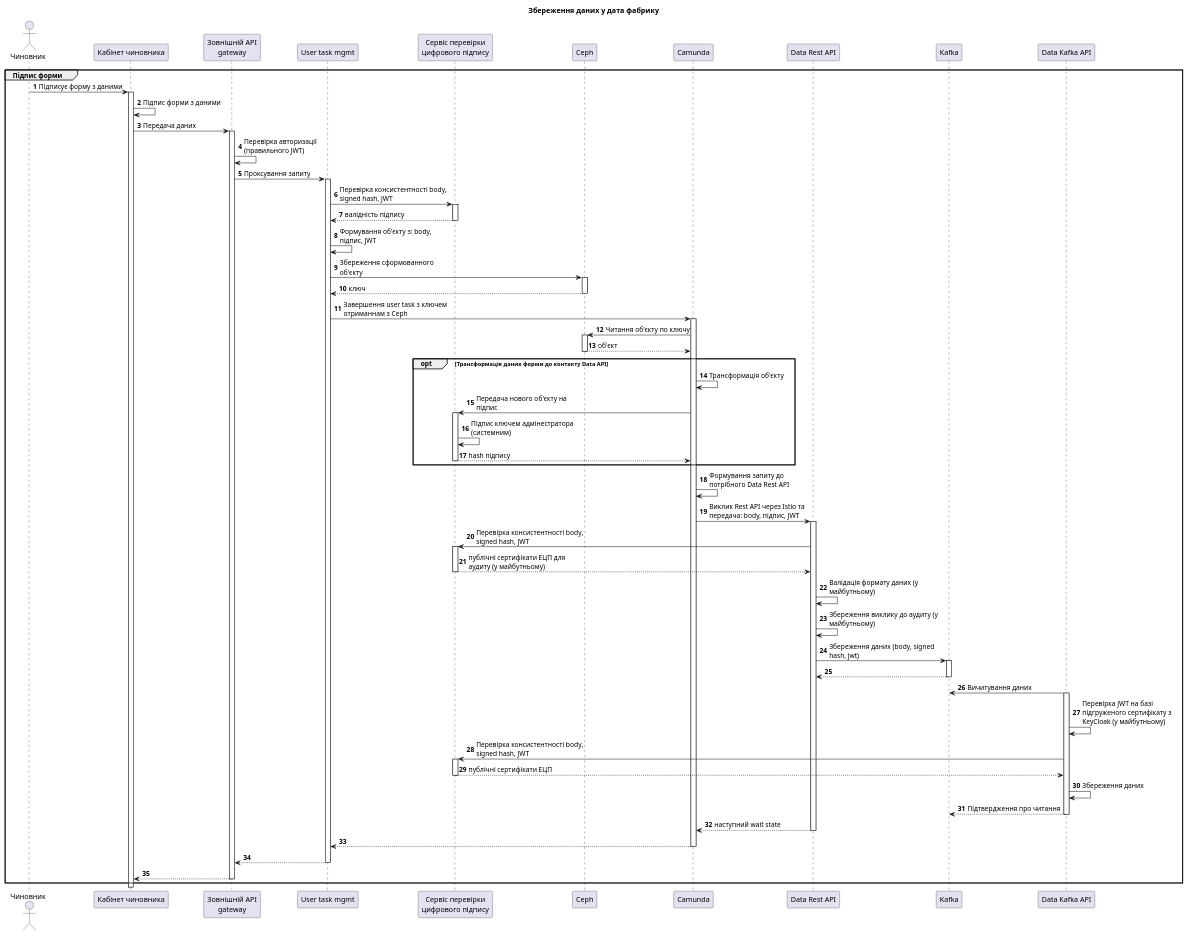
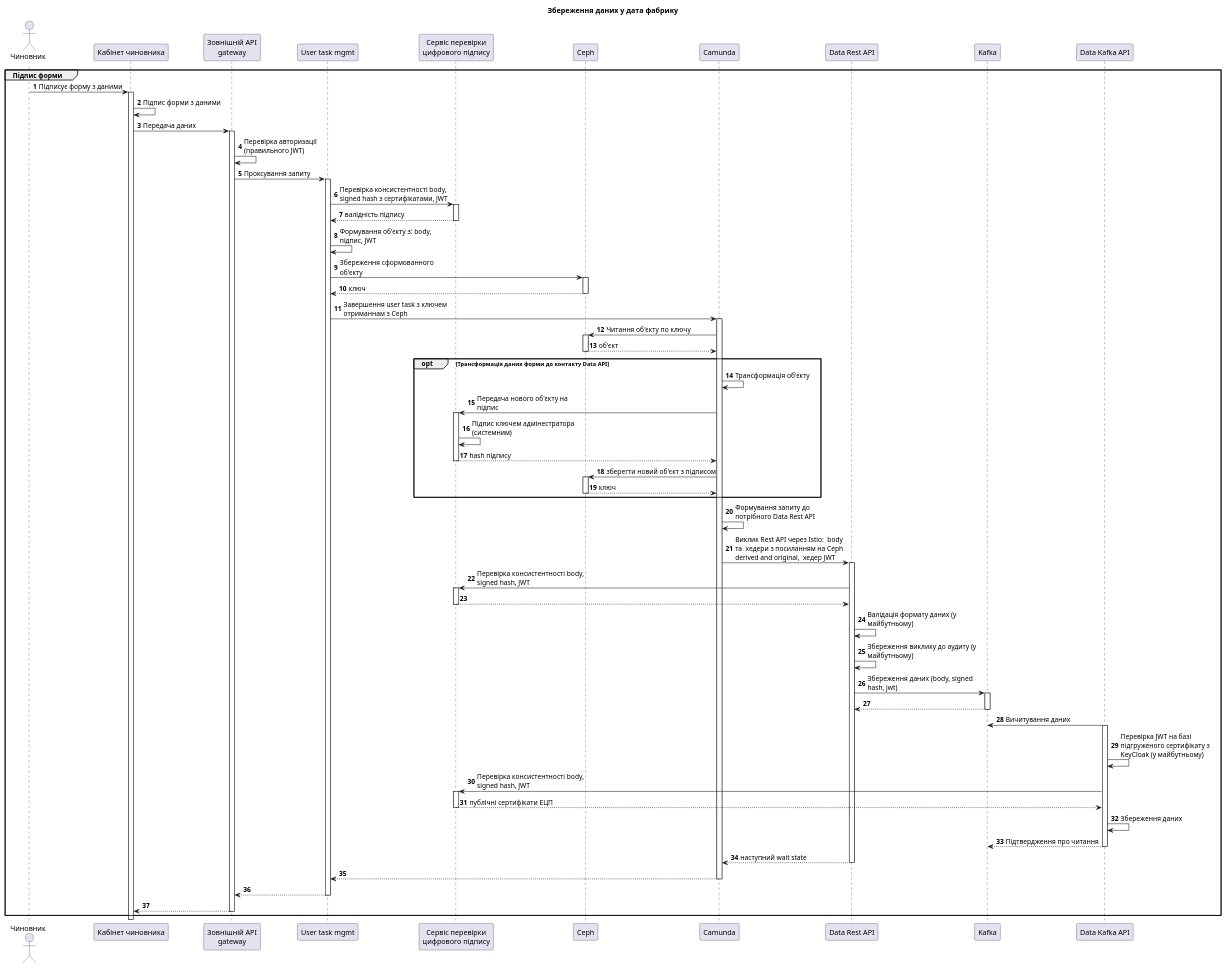
Before and after one commit to epam/edp-ddm-architecture: the diagram in low-code/saving-data-to-factory.puml, drawn with PlantUML. The commit also changed 1 other file, not shown here.

Commit message:
[MDTUDDM-0000] Обробка КЕП за допомогою CEPH

```diff
--- a/low-code/saving-data-to-factory.puml
+++ b/low-code/saving-data-to-factory.puml
@@ -1,72 +1,75 @@
 @startuml
 actor "Чиновник" as officer order 10
 participant "Кабінет чиновника" as officer_portal  order 20
 participant "Зовнішній API\ngateway" as gateway  order 30
 participant "User task mgmt" as user_task_management  order 40
 participant "Сервіс перевірки\nцифрового підпису" as digital_sign_service  order 50
 participant "Ceph" as ceph  order 60
 participant "Camunda" as bmps_service  order 70
 participant "Data Rest API" as data_rest  order 80
 participant "Kafka" as kafka order 90
 participant "Data Kafka API" as data_kafka_api order 100
 
 title Збереження даних у дата фабрику
 
 autonumber
 skinparam maxMessageSize 220
 
 group Підпис форми
   officer -> officer_portal: Підписує форму з даними
   activate officer_portal
     officer_portal -> officer_portal: Підпис форми з даними
     officer_portal -> gateway: Передача даних
     activate gateway
       gateway -> gateway: Перевірка авторизації (правильного JWT)
       gateway -> user_task_management: Проксування запиту
       activate user_task_management
-        user_task_management -> digital_sign_service: Перевірка консистентності body, signed hash, JWT
+        user_task_management -> digital_sign_service: Перевірка консистентності body, signed hash з сертифікатами, JWT
         activate digital_sign_service
         return валідність підпису
         user_task_management -> user_task_management: Формування об'єкту з: body, підпис, JWT
         user_task_management -> ceph: Збереження сформованного об'єкту
         activate ceph
         return  ключ
         user_task_management -> bmps_service: Завершення user task з ключем отриманнам з Ceph
         activate bmps_service
           bmps_service -> ceph: Читання об'єкту по ключу
           activate ceph
           return  об'єкт
           opt Трансформація даних форми до контакту Data API
             bmps_service -> bmps_service: Трансформація об'єкту
             bmps_service -> digital_sign_service: Передача нового об'єкту на підпис
             activate digital_sign_service
               digital_sign_service -> digital_sign_service: Підпис ключем адмінестратора (системним)
             return hash підпису
+            bmps_service -> ceph: зберегти новий об'єкт з підписом
+          activate ceph
+          return  ключ
           end
           bmps_service -> bmps_service: Формування запиту до потрібного Data Rest APІ
-          bmps_service -> data_rest: Виклик Rest API через Istio та передача: body, підпис, JWT
+          bmps_service -> data_rest: Виклик Rest API через Istio:  body та  хедери з посиланням на Ceph derived and original,  хедер JWT
           activate data_rest
             data_rest -> digital_sign_service: Перевірка консистентності body, signed hash, JWT
             activate digital_sign_service
-            return  публічні сертифікати ЕЦП для аудиту (у майбутньому)
+            return
             data_rest -> data_rest: Валідація формату даних (у майбутньому)
             data_rest -> data_rest: Збереження виклику до аудиту (у майбутньому)
             data_rest -> kafka: Збереження даних (body, signed hash, jwt)
             activate kafka
             return
             kafka <- data_kafka_api: Вичитування даних
             activate data_kafka_api
               data_kafka_api -> data_kafka_api: Перевірка JWT на базі підгруженого сертифікату з KeyCloak (у майбутньому)
               data_kafka_api -> digital_sign_service: Перевірка консистентності body, signed hash, JWT
               activate digital_sign_service
               return  публічні сертифікати ЕЦП
               data_kafka_api -> data_kafka_api: Збереження даних
               kafka <-- data_kafka_api: Підтвердження про читання
             deactivate data_kafka_api
         return наступний wait state
 
       return
     return
    return
 end
 @enduml
```
